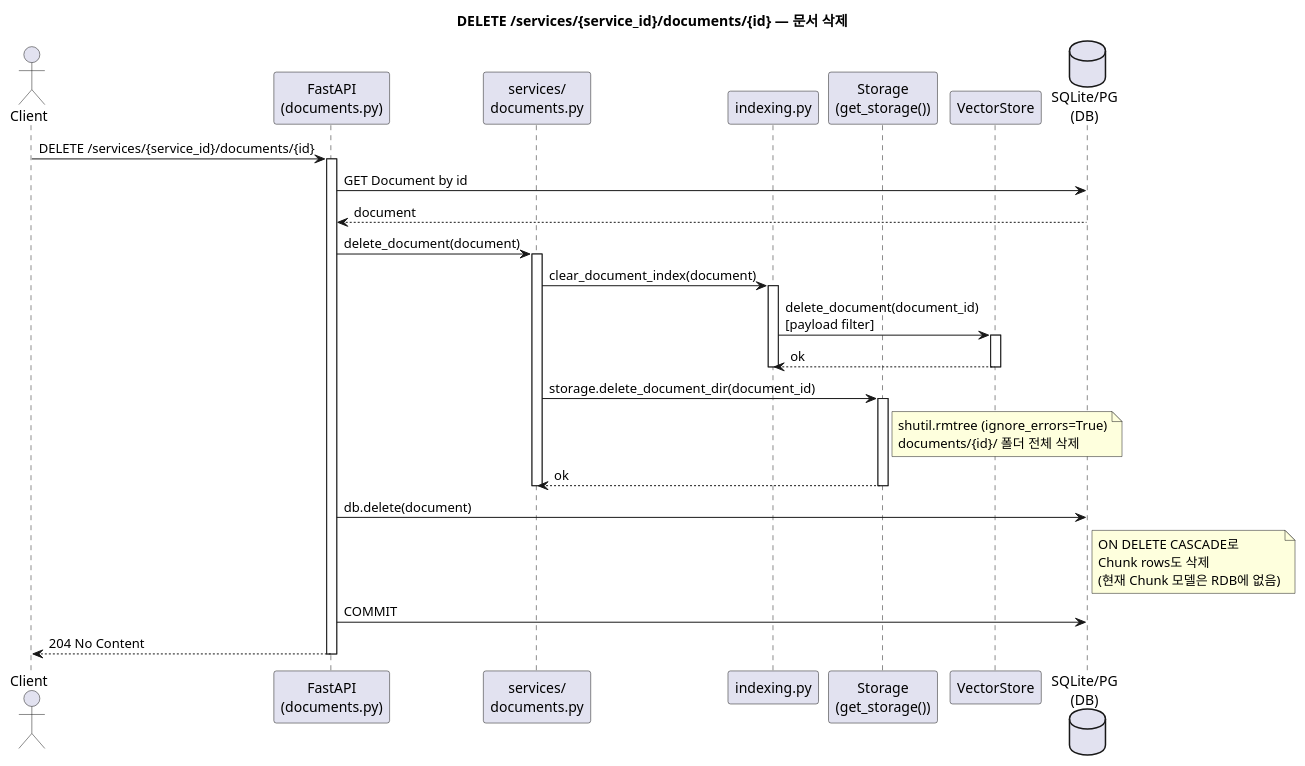
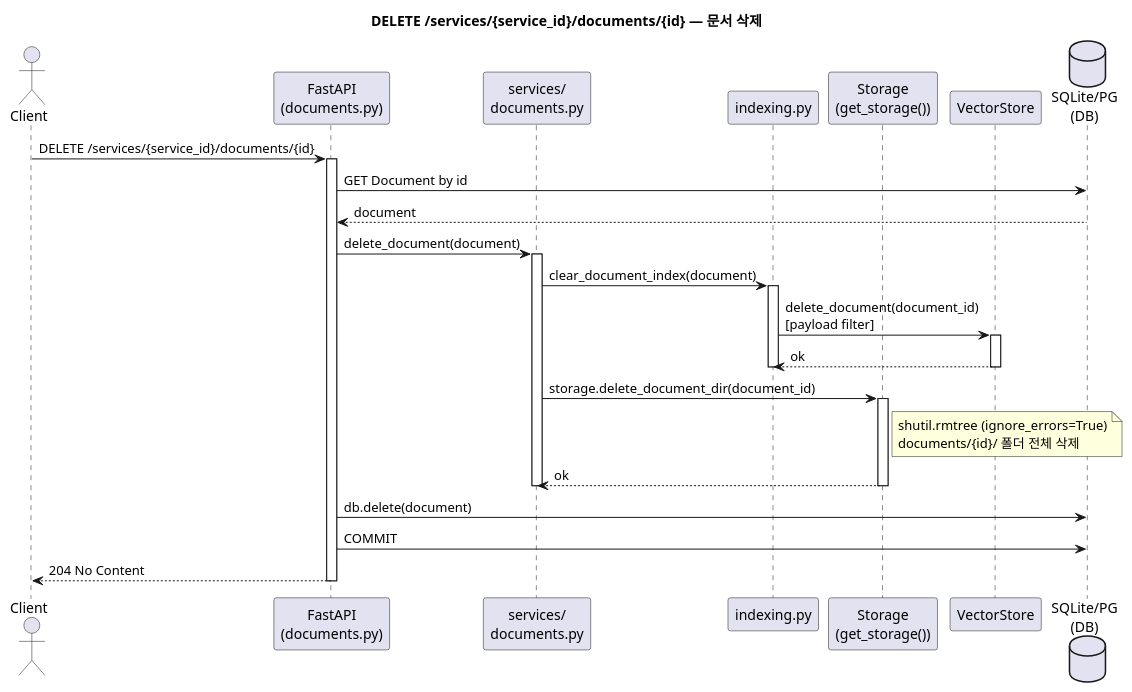
The diagram in docs/diagrams/document_delete.puml (sigmoidx0/ragkit), drawn with PlantUML before and after one commit. The commit also changed 36 other files, not shown here.

```diff
--- a/docs/diagrams/document_delete.puml
+++ b/docs/diagrams/document_delete.puml
@@ -1,54 +1,48 @@
 @startuml Document Delete
 
 title DELETE /services/{service_id}/documents/{id} — 문서 삭제
 
 actor Client
 participant "FastAPI\n(documents.py)" as API
 participant "services/\ndocuments.py" as SVC
 participant "indexing.py" as IDX
 participant "Storage\n(get_storage())" as FS
 participant "VectorStore" as QD
 database "SQLite/PG\n(DB)" as DB
 
 Client -> API : DELETE /services/{service_id}/documents/{id}
 activate API
 
 API -> DB : GET Document by id
 DB --> API : document
 
 API -> SVC : delete_document(document)
 activate SVC
 
 SVC -> IDX : clear_document_index(document)
 activate IDX
 IDX -> QD : delete_document(document_id)\n[payload filter]
 activate QD
 QD --> IDX : ok
 deactivate QD
 deactivate IDX
 
 SVC -> FS : storage.delete_document_dir(document_id)
 activate FS
 note right of FS
   shutil.rmtree (ignore_errors=True)
   documents/{id}/ 폴더 전체 삭제
 end note
 FS --> SVC : ok
 deactivate FS
 
 deactivate SVC
 
 API -> DB : db.delete(document)
-note right of DB
-  ON DELETE CASCADE로
-  Chunk rows도 삭제
-  (현재 Chunk 모델은 RDB에 없음)
-end note
-
 API -> DB : COMMIT
 
 API --> Client : 204 No Content
 
 deactivate API
 
 @enduml
```
